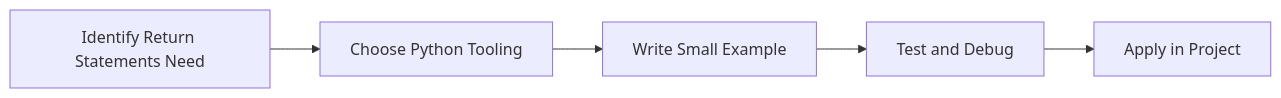
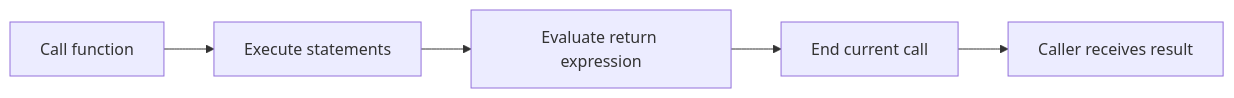
The diagram in Python-Mastery/Beginner/23-return-statements.md (SYMOIZ/E-Learning-Portal), drawn with Mermaid before and after one commit. The commit also changed other lines of this file and 116 other files, not shown here.

````diff
--- a/Python-Mastery/Beginner/23-return-statements.md
+++ b/Python-Mastery/Beginner/23-return-statements.md
@@ -131,7 +154,12 @@
 ```mermaid
 flowchart LR
-    A[Identify Return Statements Need] --> B[Choose Python Tooling]
-    B --> C[Write Small Example]
-    C --> D[Test and Debug]
-    D --> E[Apply in Project]
+    A[Call function]
+    B[Execute statements]
+    C[Evaluate return expression]
+    D[End current call]
+    E[Caller receives result]
+    A --> B
+    B --> C
+    C --> D
+    D --> E
 ```
````
